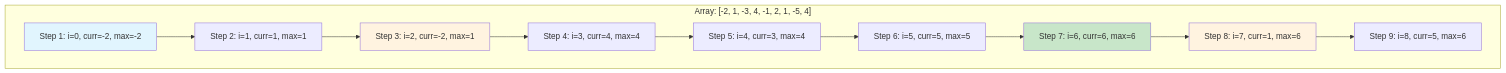
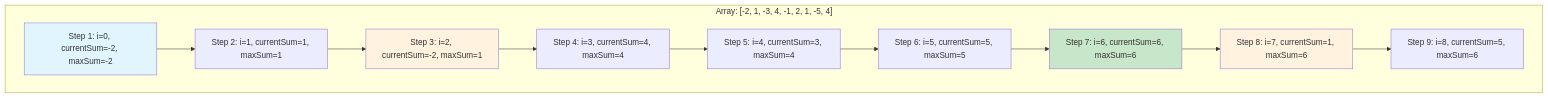
One commit to lezcodes/dsa changed the second of 7 diagrams in 0036-max-subarray/README.md. Above: the diagram before and after it, drawn with Mermaid. The commit also changed other lines of this file and 26 other files, not shown here.

Commit message:
docs: fix mermaid diagrams

````diff
--- a/0036-max-subarray/README.md
+++ b/0036-max-subarray/README.md
@@ -40,21 +39,21 @@
 ```mermaid
 graph TD
     subgraph "Array: [-2, 1, -3, 4, -1, 2, 1, -5, 4]"
-        A["Step 1: i=0, curr=-2, max=-2"]
-        B["Step 2: i=1, curr=1, max=1"]
-        C["Step 3: i=2, curr=-2, max=1"]
-        D["Step 4: i=3, curr=4, max=4"]
-        E["Step 5: i=4, curr=3, max=4"]
-        F["Step 6: i=5, curr=5, max=5"]
-        G["Step 7: i=6, curr=6, max=6"]
-        H["Step 8: i=7, curr=1, max=6"]
-        I["Step 9: i=8, curr=5, max=6"]
+        A["Step 1: i=0, currentSum=-2, maxSum=-2"]
+        B["Step 2: i=1, currentSum=1, maxSum=1"]
+        C["Step 3: i=2, currentSum=-2, maxSum=1"]
+        D["Step 4: i=3, currentSum=4, maxSum=4"]
+        E["Step 5: i=4, currentSum=3, maxSum=4"]
+        F["Step 6: i=5, currentSum=5, maxSum=5"]
+        G["Step 7: i=6, currentSum=6, maxSum=6"]
+        H["Step 8: i=7, currentSum=1, maxSum=6"]
+        I["Step 9: i=8, currentSum=5, maxSum=6"]
     end
 
     A --> B --> C --> D --> E --> F --> G --> H --> I
 
     style A fill:#e1f5fe
     style G fill:#c8e6c9
     style C fill:#fff3e0
     style H fill:#fff3e0
 ```
````
